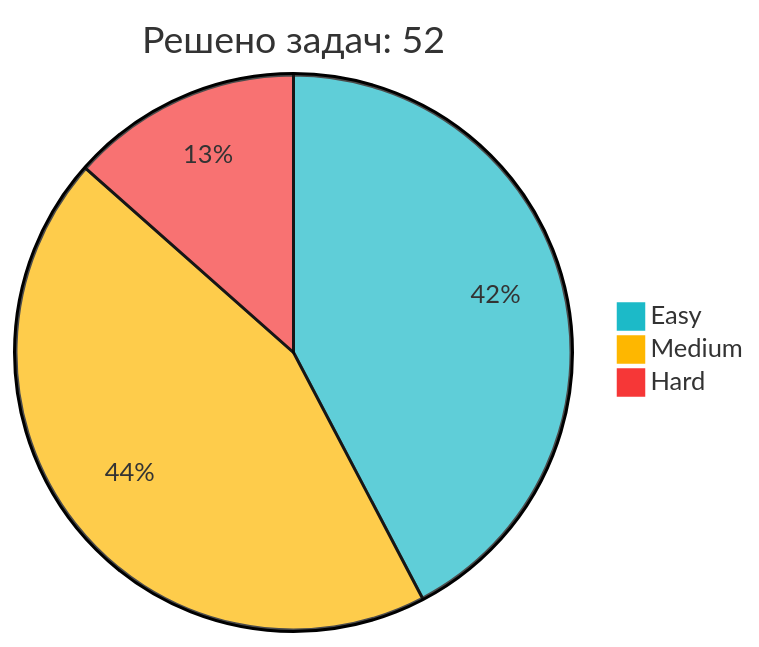
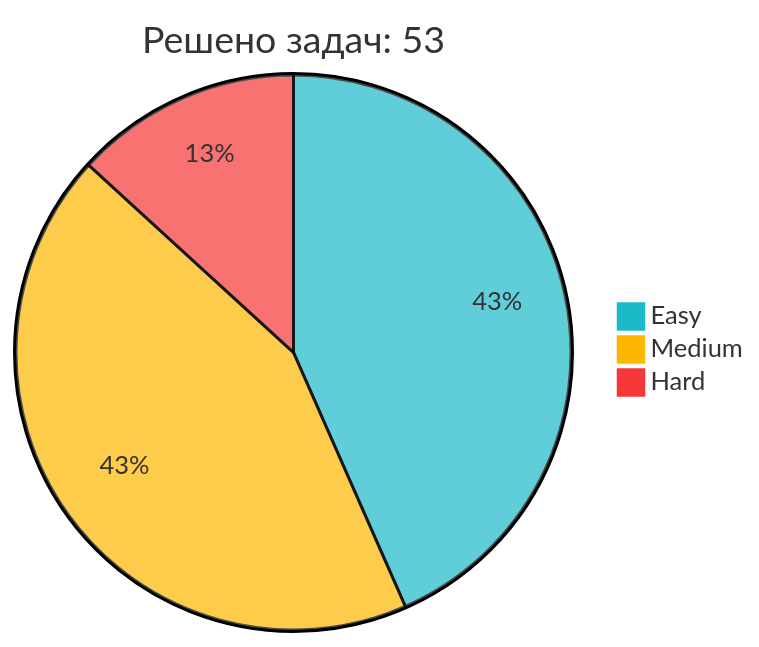
One commit to IliaKurdukov/IliaKurdukov changed the diagram in README.md. Above: the diagram before and after it, drawn with Mermaid. The commit also changed other lines of this file, not shown here.

Commit message:
📈 Обновление статистики LeetCode

````diff
--- a/README.md
+++ b/README.md
@@ -51,7 +51,7 @@
 ```mermaid
 %%{init: {'theme': 'base', 'themeVariables': { 'pie1': '#1CBAC8', 'pie2': '#FEB700', 'pie3': '#F63737' }, 'config': {'width': 300, 'height': 200}}}%%
-pie title Решено задач: 52
-   "Easy" : 22
+pie title Решено задач: 53
+   "Easy" : 23
    "Medium" : 23
    "Hard" : 7
 ```
````
